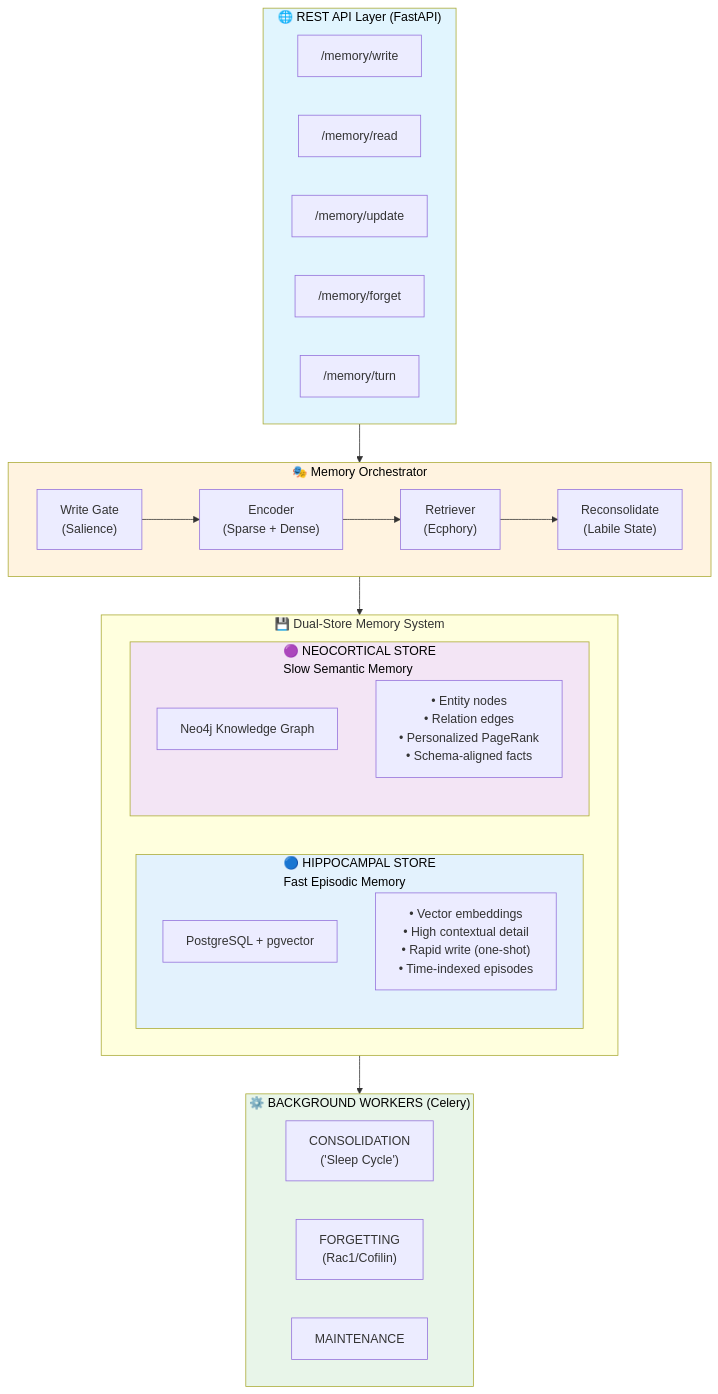
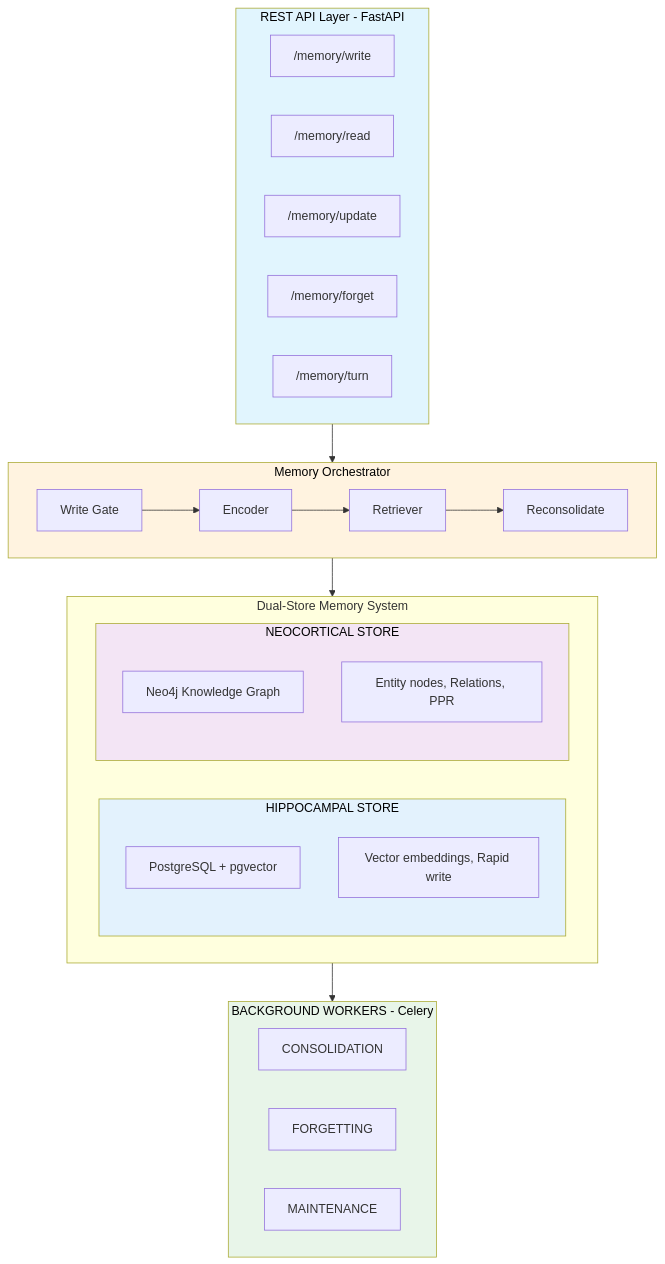
Before and after one commit to avinash-mall/CognitiveMemoryLayer: the first of 9 diagrams in README.md, drawn with Mermaid. The commit also changed other lines of this file and 2 other files, not shown here.

Commit message:
ci-cd fixed compile error

````diff
--- a/README.md
+++ b/README.md
@@ -130,45 +126,45 @@
 ```mermaid
 flowchart TB
-    subgraph API["🌐 REST API Layer (FastAPI)"]
+    subgraph API["REST API Layer - FastAPI"]
         write["/memory/write"]
         read["/memory/read"]
         update["/memory/update"]
         forget["/memory/forget"]
         turn["/memory/turn"]
     end
 
-    subgraph Orchestrator["🎭 Memory Orchestrator"]
-        gate["Write Gate<br/>(Salience)"]
-        encoder["Encoder<br/>(Sparse + Dense)"]
-        retriever["Retriever<br/>(Ecphory)"]
-        recon["Reconsolidate<br/>(Labile State)"]
+    subgraph Orchestrator["Memory Orchestrator"]
+        gate["Write Gate"]
+        encoder["Encoder"]
+        retriever["Retriever"]
+        recon["Reconsolidate"]
         gate --> encoder --> retriever --> recon
     end
 
-    subgraph Stores["💾 Dual-Store Memory System"]
-        subgraph Hippo["🔵 HIPPOCAMPAL STORE<br/>Fast Episodic Memory"]
+    subgraph Stores["Dual-Store Memory System"]
+        subgraph Hippo["HIPPOCAMPAL STORE"]
             pg["PostgreSQL + pgvector"]
-            pg_feat["• Vector embeddings<br/>• High contextual detail<br/>• Rapid write (one-shot)<br/>• Time-indexed episodes"]
+            pg_feat["Vector embeddings, Rapid write"]
         end
-        subgraph Neo["🟣 NEOCORTICAL STORE<br/>Slow Semantic Memory"]
+        subgraph Neo["NEOCORTICAL STORE"]
             neo4j["Neo4j Knowledge Graph"]
-            neo_feat["• Entity nodes<br/>• Relation edges<br/>• Personalized PageRank<br/>• Schema-aligned facts"]
+            neo_feat["Entity nodes, Relations, PPR"]
         end
     end
 
-    subgraph Workers["⚙️ BACKGROUND WORKERS (Celery)"]
-        consol["CONSOLIDATION<br/>('Sleep Cycle')"]
-        forg["FORGETTING<br/>(Rac1/Cofilin)"]
+    subgraph Workers["BACKGROUND WORKERS - Celery"]
+        consol["CONSOLIDATION"]
+        forg["FORGETTING"]
         maint["MAINTENANCE"]
     end
 
     API --> Orchestrator
     Orchestrator --> Stores
     Stores --> Workers
 
     style API fill:#e1f5fe,color:#000
     style Orchestrator fill:#fff3e0,color:#000
     style Hippo fill:#e3f2fd,color:#000
     style Neo fill:#f3e5f5,color:#000
     style Workers fill:#e8f5e9,color:#000
 ```
````
